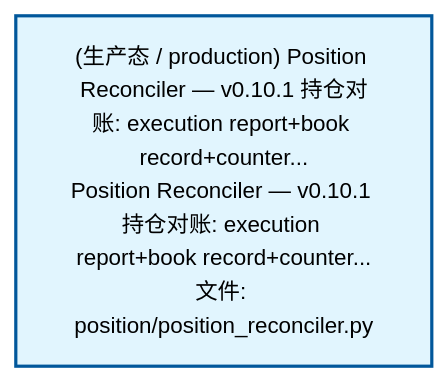
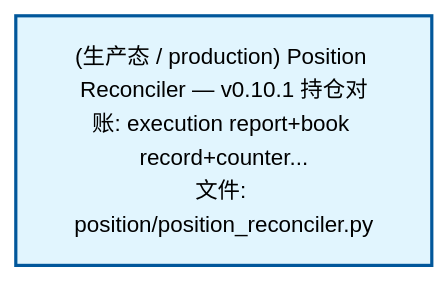
One commit to xuanFelixVan/ZephyrAlpha changed the second of 4 diagrams in docs/02_enterprise_architecture/02_domain_architecture_docs/64_d_position.md. Above: the diagram before and after it, drawn with Mermaid. The commit also changed other lines of this file and 77 other files, not shown here.

````diff
--- a/docs/02_enterprise_architecture/02_domain_architecture_docs/64_d_position.md
+++ b/docs/02_enterprise_architecture/02_domain_architecture_docs/64_d_position.md
@@ -53,10 +101,10 @@
 ```mermaid
 %%{init: {'theme': 'base', 'themeVariables': {'primaryColor': '#eaeaea', 'primaryTextColor': '#333333', 'primaryBorderColor': '#666666', 'lineColor': '#666666', 'secondaryColor': '#eaeaea', 'tertiaryColor': '#eaeaea', 'fontSize': '14px'}}}%%
 flowchart TD
-    src_zephyr_position_position_reconciler_py["(生产态 / production) Position Reconciler — v0.10.1 持仓对账: execution report+book record+counter...<br/>Position Reconciler — v0.10.1 持仓对账: execution report+book record+counter...<br/>文件: position/position_reconciler.py"]
+    src_zephyr_position_position_reconciler_py["(生产态 / production) Position Reconciler — v0.10.1 持仓对账: execution report+book record+counter...<br/>文件: position/position_reconciler.py"]
     classDef production fill:#e1f5fe,stroke:#01579b,stroke-width:2px,color:#000
     classDef design fill:#fff3e0,stroke:#e65100,stroke-width:2px,color:#000,stroke-dasharray: 5 5
     classDef external_prod fill:#e8f4fd,stroke:#0277bd,stroke-width:1px,color:#000
     classDef external_design fill:#fff8e7,stroke:#ef6c00,stroke-width:1px,color:#000,stroke-dasharray: 5 5
     class src_zephyr_position_position_reconciler_py production
 ```
````
